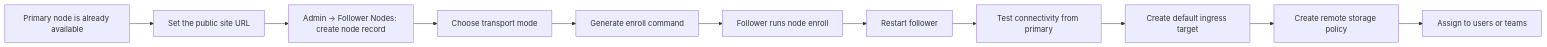
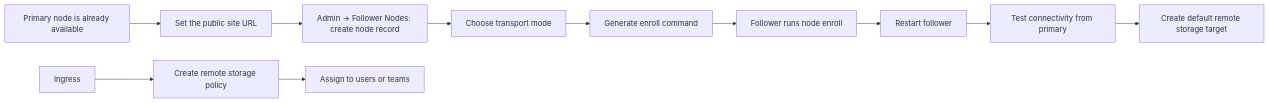
The diagram in docs/en/guide/remote-nodes.md (EleProCoress/AsterDrive), drawn with Mermaid before and after one commit. The commit also changed other lines of this file and 61 other files, not shown here.

````diff
--- a/docs/en/guide/remote-nodes.md
+++ b/docs/en/guide/remote-nodes.md
@@ -35,13 +35,13 @@
 ```mermaid
 flowchart LR
   Ready["Primary node is already available"] --> PublicUrl["Set the public site URL"]
   PublicUrl --> CreateNode["Admin -> Follower Nodes: create node record"]
   CreateNode --> Transport["Choose transport mode"]
   Transport --> EnrollCommand["Generate enroll command"]
   EnrollCommand --> Enroll["Follower runs node enroll"]
   Enroll --> Restart["Restart follower"]
   Restart --> Connectivity["Test connectivity from primary"]
-  Connectivity --> Ingress["Create default ingress target"]
+  Connectivity --> Target["Create default remote storage target"]
   Ingress --> Policy["Create remote storage policy"]
   Policy --> Assign["Assign to users or teams"]
 ```
````
